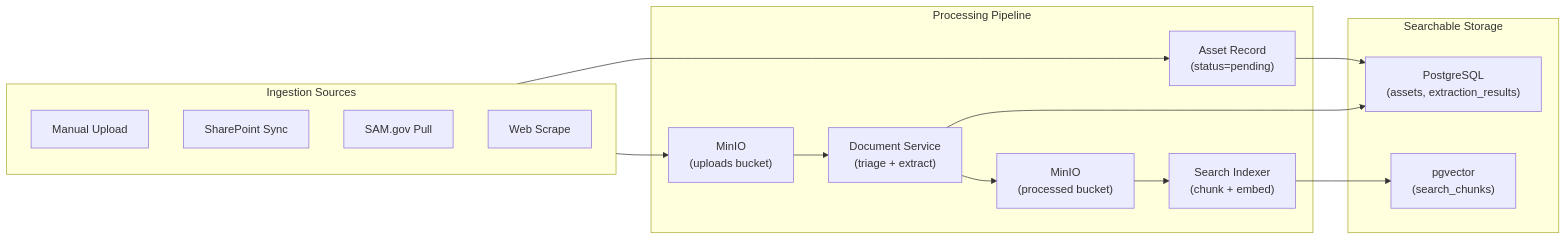
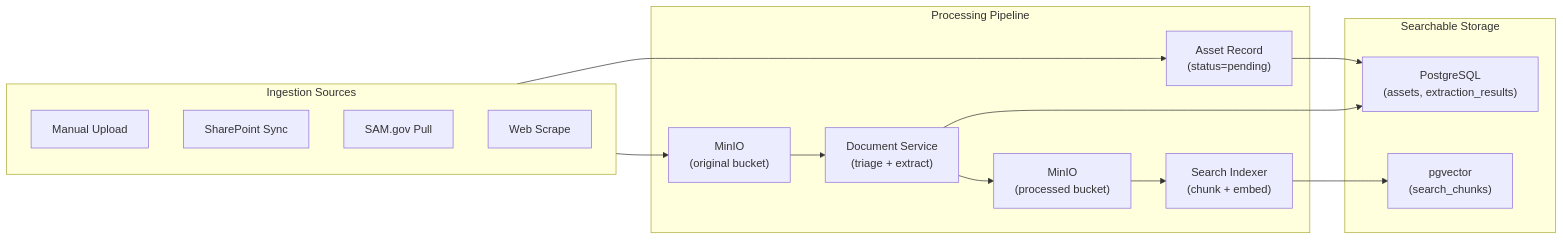
The second of 4 diagrams in docs/OVERVIEW.md (Amivero-LLC/curatore-localdev), drawn with Mermaid before and after one commit. The commit also changed 4 other files, not shown here.

````diff
--- a/docs/OVERVIEW.md
+++ b/docs/OVERVIEW.md
@@ -65,31 +65,31 @@
 ```mermaid
 flowchart LR
     subgraph Sources["Ingestion Sources"]
         Upload["Manual Upload"]
         SharePoint["SharePoint Sync"]
         SAM["SAM.gov Pull"]
         Scrape["Web Scrape"]
     end
 
     subgraph Processing["Processing Pipeline"]
         Asset["Asset Record\n(status=pending)"]
-        MinIO_Up["MinIO\n(uploads bucket)"]
+        MinIO_Up["MinIO\n(original bucket)"]
         DocSvc["Document Service\n(triage + extract)"]
         MinIO_Proc["MinIO\n(processed bucket)"]
         Indexer["Search Indexer\n(chunk + embed)"]
     end
 
     subgraph Storage["Searchable Storage"]
         PG["PostgreSQL\n(assets, extraction_results)"]
         PGV["pgvector\n(search_chunks)"]
     end
 
     Sources --> Asset
     Sources --> MinIO_Up
     MinIO_Up --> DocSvc
     DocSvc --> MinIO_Proc
     DocSvc --> PG
     MinIO_Proc --> Indexer
     Indexer --> PGV
     Asset --> PG
 ```
````
